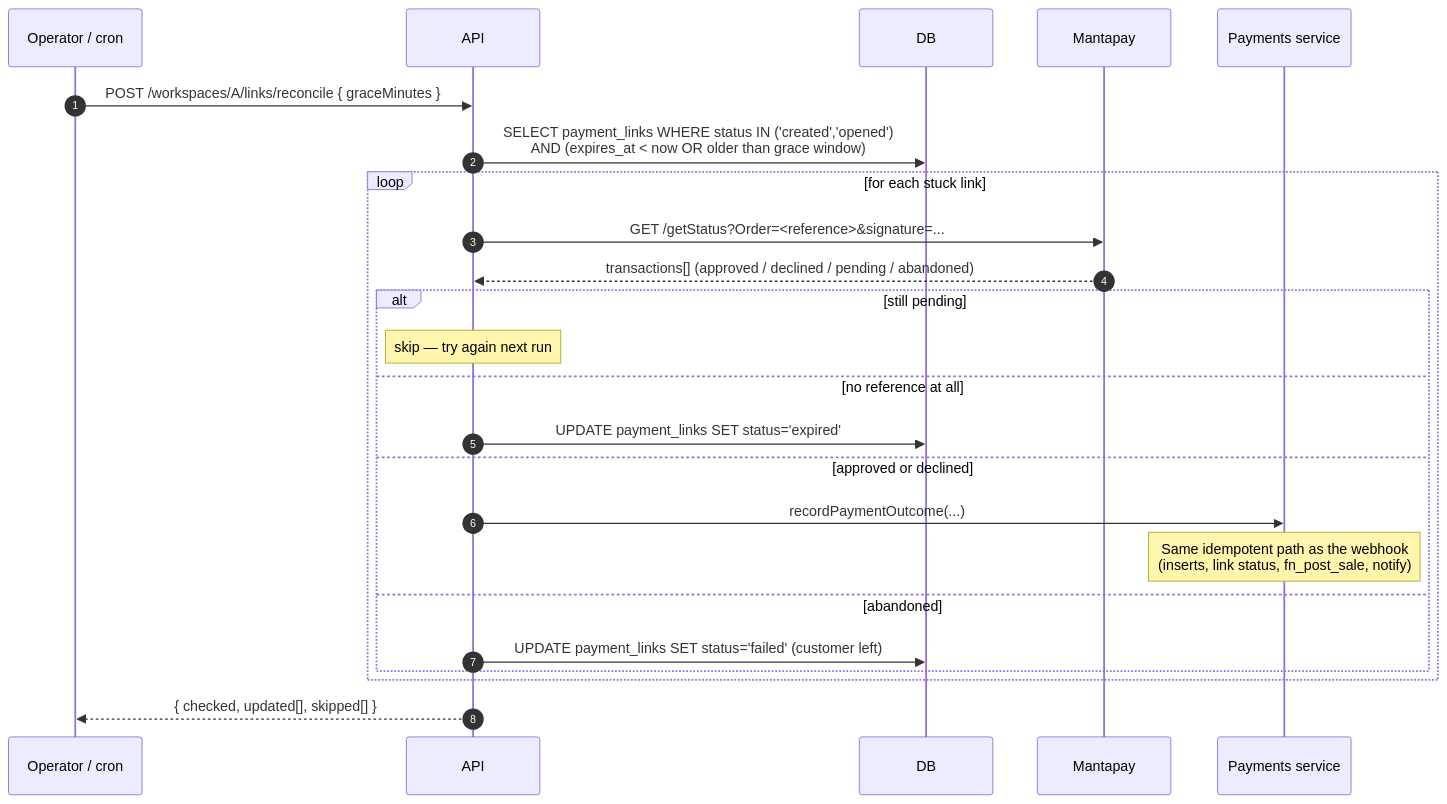
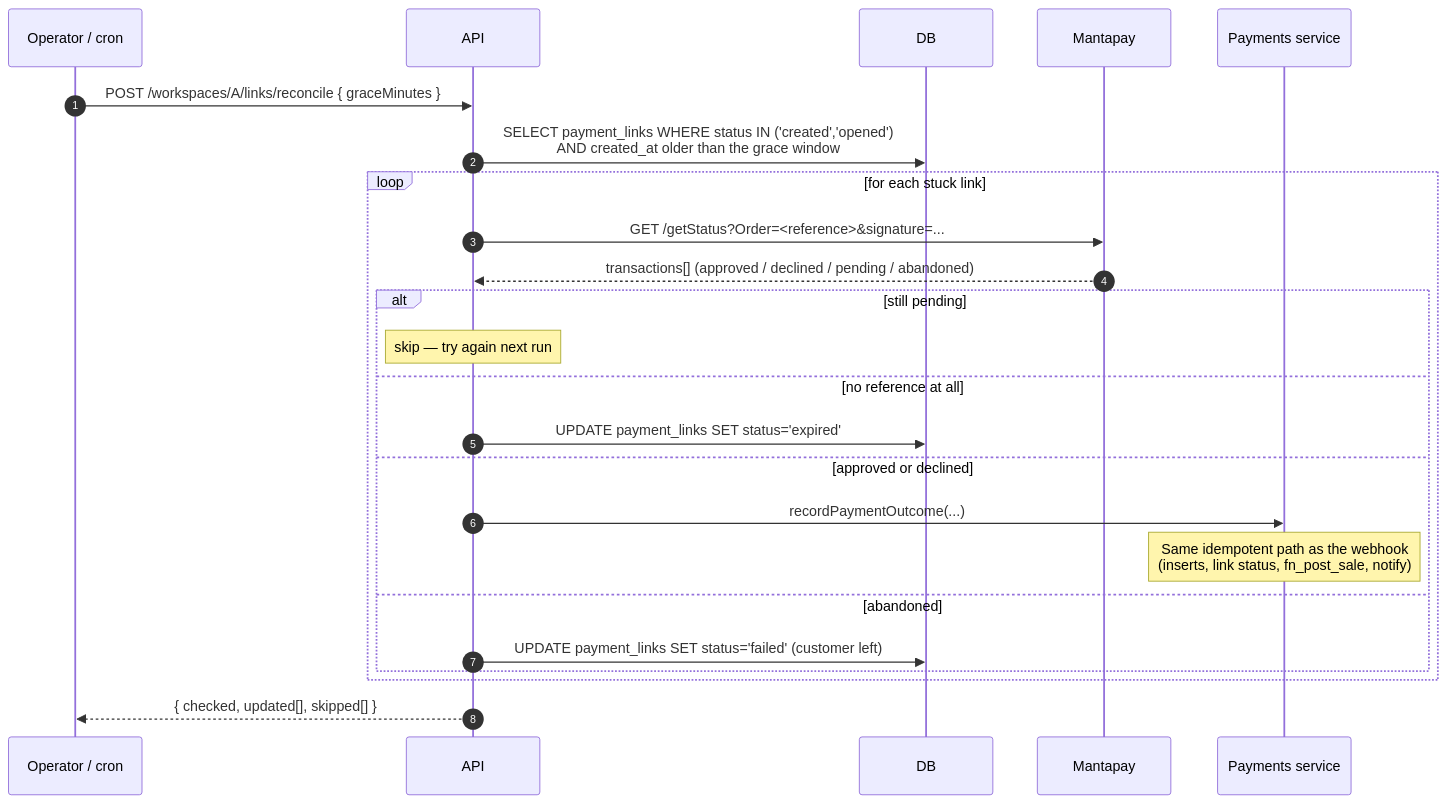
One commit to eranhaim/higherpays changed the eighth of 13 diagrams in BACKEND-FLOWS.md. Above: the diagram before and after it, drawn with Mermaid. The commit also changed other lines of this file and 2 other files, not shown here.

Commit message:
fix: update reconciliation logic to use grace window based on creation time

````diff
--- a/BACKEND-FLOWS.md
+++ b/BACKEND-FLOWS.md
@@ -321,27 +322,27 @@
 ```mermaid
 sequenceDiagram
   autonumber
   participant Op as Operator / cron
   participant API
   participant DB
   participant Mantapay
   participant Payments as Payments service
 
   Op->>API: POST /workspaces/A/links/reconcile { graceMinutes }
-  API->>DB: SELECT payment_links WHERE status IN ('created','opened')<br/>AND (expires_at < now OR older than grace window)
+  API->>DB: SELECT payment_links WHERE status IN ('created','opened')<br/>AND created_at older than the grace window
   loop for each stuck link
     API->>Mantapay: GET /getStatus?Order=<reference>&signature=...
     Mantapay-->>API: transactions[] (approved / declined / pending / abandoned)
     alt still pending
       Note over API: skip — try again next run
     else no reference at all
       API->>DB: UPDATE payment_links SET status='expired'
     else approved or declined
       API->>Payments: recordPaymentOutcome(...)
       Note over Payments: Same idempotent path as the webhook<br/>(inserts, link status, fn_post_sale, notify)
     else abandoned
       API->>DB: UPDATE payment_links SET status='failed' (customer left)
     end
   end
   API-->>Op: { checked, updated[], skipped[] }
 ```
````
